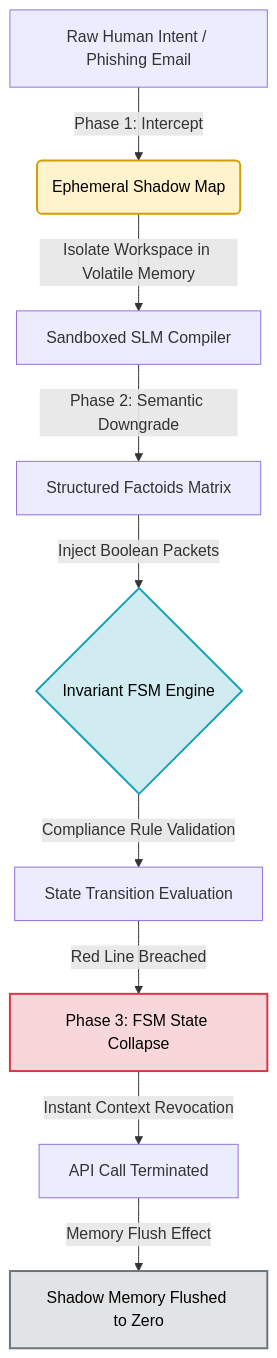
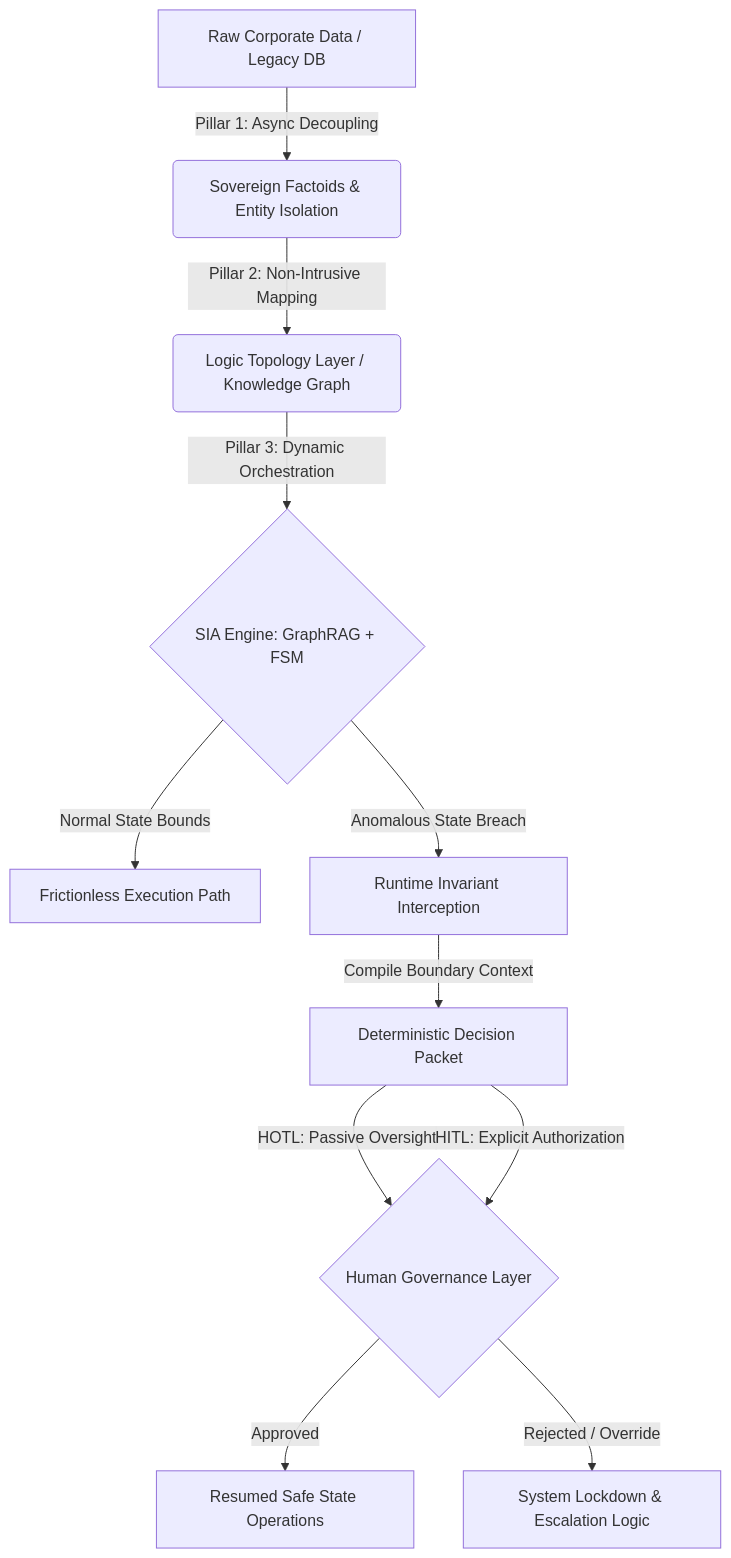
Before and after one commit to 26200602/SIA-Agentic-AI-Architecture: the diagram in README.md, drawn with Mermaid. The commit also changed other lines of this file, not shown here.

````diff
--- a/README.md
+++ b/README.md
@@ -25,17 +19,23 @@
 ```mermaid
 graph TD
-    A[Raw Human Intent / Phishing Email] -->|Phase 1: Intercept| B(Ephemeral Shadow Map)
-    B -->|Isolate Workspace in Volatile Memory| C[Sandboxed SLM Compiler]
-    C -->|Phase 2: Semantic Downgrade| D[Structured Factoids Matrix]
-    D -->|Inject Boolean Packets| E{Invariant FSM Engine}
-    E -->|Compliance Rule Validation| F[State Transition Evaluation]
-    F -->|Red Line Breached| G[Phase 3: FSM State Collapse]
-    G -->|Instant Context Revocation| H[API Call Terminated]
-    H -->|Memory Flush Effect| I[Shadow Memory Flushed to Zero]
+    %% Data & Layer Layer
+    A[Raw Corporate Data / Legacy DB] -->|Pillar 1: Async Decoupling| B(Sovereign Factoids & Entity Isolation)
+    B -->|Pillar 2: Non-Intrusive Mapping| C(Logic Topology Layer / Knowledge Graph)
     
-    %% High-Contrast accessible styling for enterprise readability
-    style B fill:#FFF3CD,stroke:#D39E00,stroke-width:2px,color:#000000
-    style E fill:#D1ECF1,stroke:#17A2B8,stroke-width:2px,color:#000000
-    style G fill:#F8D7DA,stroke:#DC3545,stroke-width:2px,color:#000000
-    style I fill:#E2E3E5,stroke:#6C757D,stroke-width:2px,color:#000000
+    %% Engine Processing
+    C -->|Pillar 3: Dynamic Orchestration| D{SIA Engine: GraphRAG + FSM}
+    
+    %% Governance Path & Logic
+    D -->|Normal State Bounds| F[Frictionless Execution Path]
+    D -->|Anomalous State Breach| E[Runtime Invariant Interception]
+    
+    %% Human Control Nodes
+    E -->|Compile Boundary Context| G[Deterministic Decision Packet]
+    G -->|HOTL: Passive Oversight| H{Human Governance Layer}
+    G -->|HITL: Explicit Authorization| H
+    
+    %% System Resolution
+    H -->|Approved| I[Resumed Safe State Operations]
+    H -->|Rejected / Override| J[System Lockdown & Escalation Logic]
+
 ```
````
